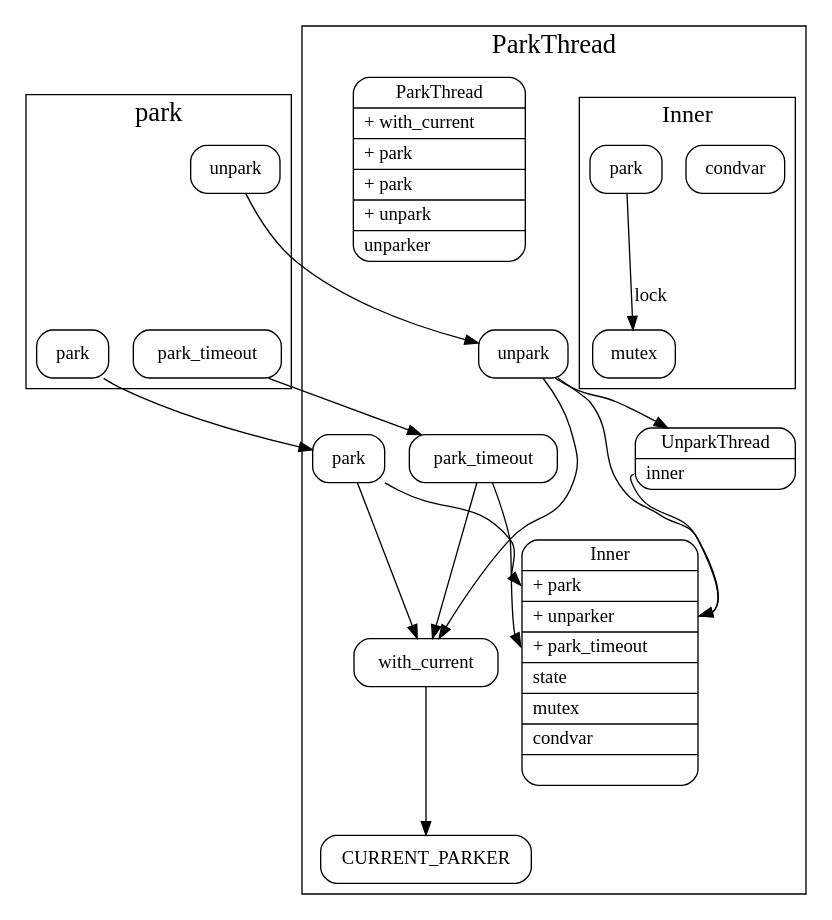
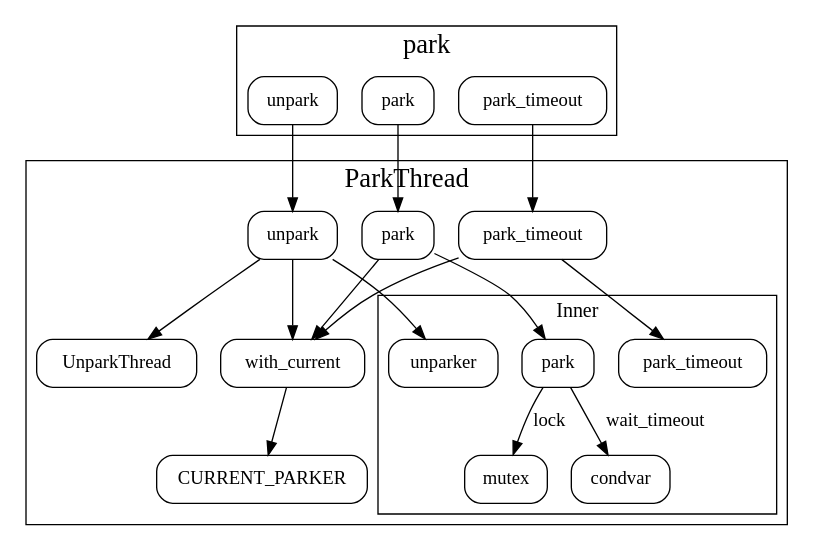
Before and after one commit to xieyu/blog: the diagram in src/tokio/park-thread.dot, drawn with Graphviz. The commit also changed 12 other files, not shown here.

```diff
--- a/src/tokio/park-thread.dot
+++ b/src/tokio/park-thread.dot
@@ -1,67 +1,39 @@
 digraph parkthread {
   node[shape=box;style="rounded"];
   newrank=true;
   rankdir=TD;
 
   subgraph cluster_park {
     graph[label="park";fontsize=20;];
     unpark;
     park;
     park_timeout;
   }
   subgraph cluster_ParkThread {
     graph[label="ParkThread";fontsize=20;];
-    Inner[
-      shape="record";
-      label="{
-        Inner|
-        <park> + park \l|
-        <unparker> + unparker\l|
-        <park_timeout> + park_timeout \l|
-        state\l|
-        mutex\l|
-        condvar\l|
-      }";
-    ];
-    ParkThread [
-      shape="record";
-      label="{
-        ParkThread |
-        <with_current> + with_current \l|
-        <park> + park \l|
-        <park_timeout> + park \l|
-        <unpark> + unpark \l|
-        <unparker> unparker \l
-      }";
-    ];
-
     subgraph cluster_Inner {
-      graph[label="Inner";fontsize=18;];
+      graph[label="Inner";fontsize=15;];
       mutex;
       condvar;
+      inner_park_timeout[label="park_timeout"];
       inner_park[label="park"];
       inner_park -> mutex[label="lock"];
+      inner_park -> condvar[label="wait_timeout"];
+      inner_unparker[label="unparker"];
     }
+
     pt_park[label="park"];
     pt_park_timeout[label="park_timeout"];
     pt_unpark[label="unpark"];
     pt_with_current[label="with_current"];
     {pt_park, pt_park_timeout, pt_unpark} -> pt_with_current -> CURRENT_PARKER;
 
-    pt_park -> Inner:park;
-    pt_park_timeout -> Inner:park_timeout;
-    pt_unpark -> Inner:unparker;
+    pt_park -> inner_park;
+    pt_park_timeout -> inner_park_timeout;
+    pt_unpark -> inner_unparker;
     pt_unpark -> UnparkThread;
-    UnparkThread[
-      shape="record";
-      label="{
-        UnparkThread|
-        <inner> inner \l
-      }";
-    ];
-    UnparkThread:inner -> Inner:unparker;
   }
   park -> pt_park;
   park_timeout -> pt_park_timeout;
   unpark -> pt_unpark;
 }
```
